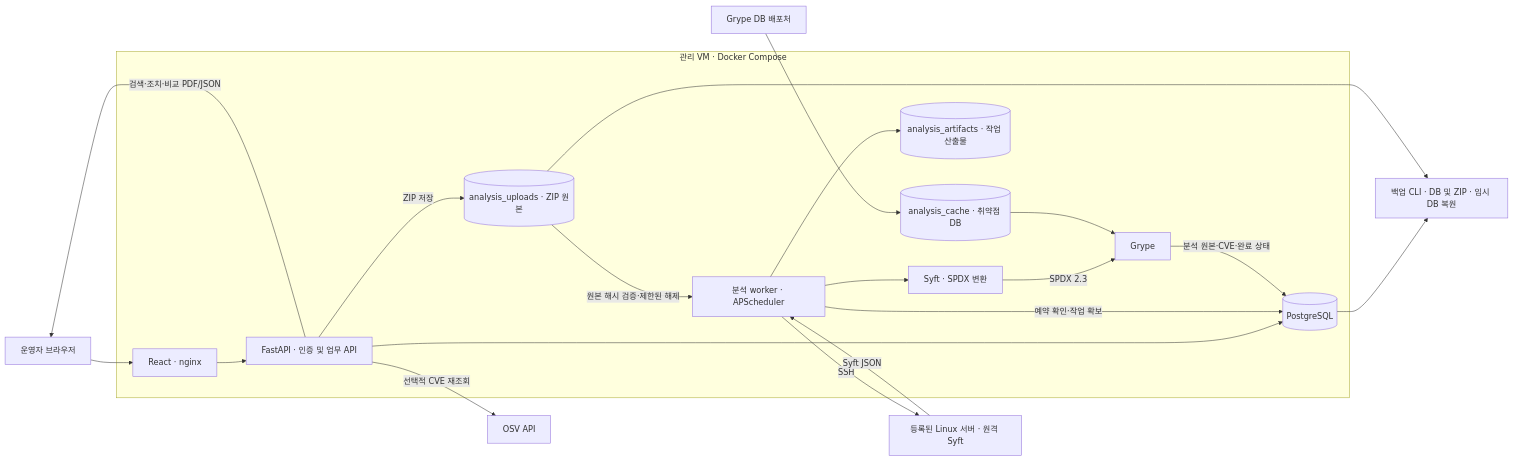
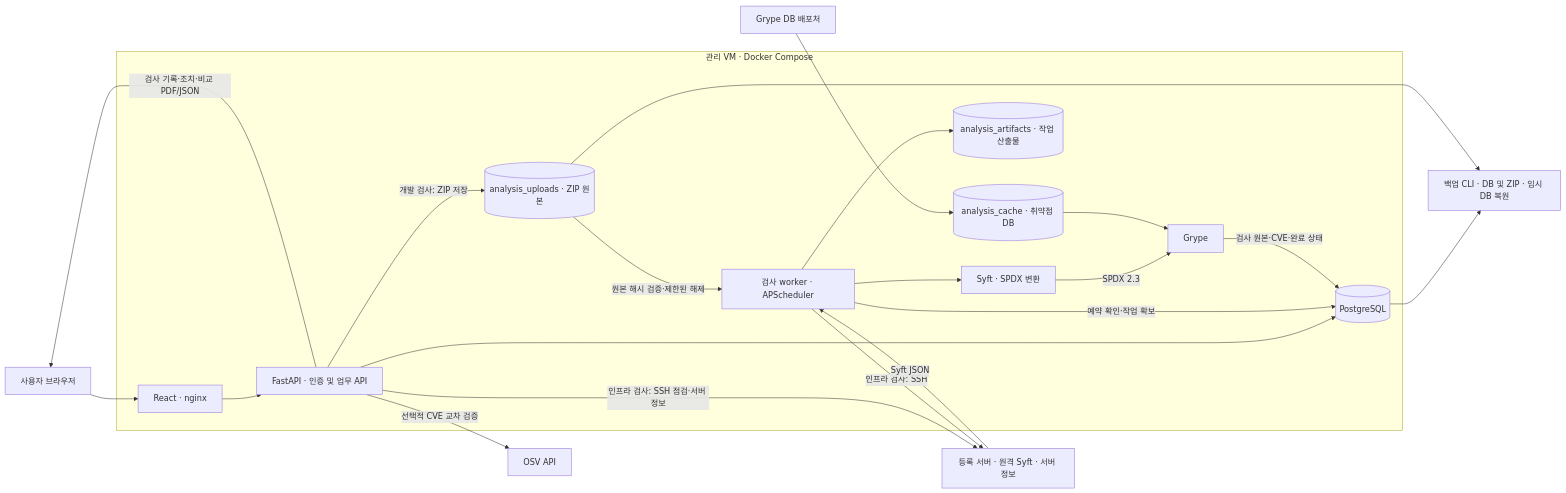
Before and after one commit to adieud99/eolwatch: the first of 2 diagrams in docs/ARCHITECTURE.md, drawn with Mermaid. The commit also changed other lines of this file and 26 other files, not shown here.

````diff
--- a/docs/ARCHITECTURE.md
+++ b/docs/ARCHITECTURE.md
@@ -7,34 +7,35 @@
 ```mermaid
 flowchart LR
-    Browser[운영자 브라우저]
+    Browser[사용자 브라우저]
     subgraph Controller[관리 VM · Docker Compose]
         Web[React · nginx]
         API[FastAPI · 인증 및 업무 API]
         DB[(PostgreSQL)]
-        Worker[분석 worker · APScheduler]
+        Worker[검사 worker · APScheduler]
         Syft[Syft · SPDX 변환]
         Grype[Grype]
         Upload[(analysis_uploads · ZIP 원본)]
         Artifacts[(analysis_artifacts · 작업 산출물)]
         Cache[(analysis_cache · 취약점 DB)]
     end
-    Target[등록된 Linux 서버 · 원격 Syft]
+    Target[등록 서버 · 원격 Syft · 서버 정보]
     Feed[Grype DB 배포처]
     OSV[OSV API]
     Backup[백업 CLI · DB 및 ZIP · 임시 DB 복원]
     Browser --> Web --> API
     API --> DB
-    API -->|ZIP 저장| Upload
-    API -->|선택적 CVE 재조회| OSV
+    API -->|개발 검사: ZIP 저장| Upload
+    API -->|인프라 검사: SSH 점검·서버 정보| Target
+    API -->|선택적 CVE 교차 검증| OSV
     Worker -->|예약 확인·작업 확보| DB
-    Worker -->|SSH| Target
+    Worker -->|인프라 검사: SSH| Target
     Target -->|Syft JSON| Worker
     Upload -->|원본 해시 검증·제한된 해제| Worker
     Worker --> Syft -->|SPDX 2.3| Grype
     Feed --> Cache --> Grype
-    Grype -->|분석 원본·CVE·완료 상태| DB
+    Grype -->|검사 원본·CVE·완료 상태| DB
     Worker --> Artifacts
-    API -->|검색·조치·비교 PDF/JSON| Browser
+    API -->|검사 기록·조치·비교 PDF/JSON| Browser
     DB --> Backup
     Upload --> Backup
 ```
````
